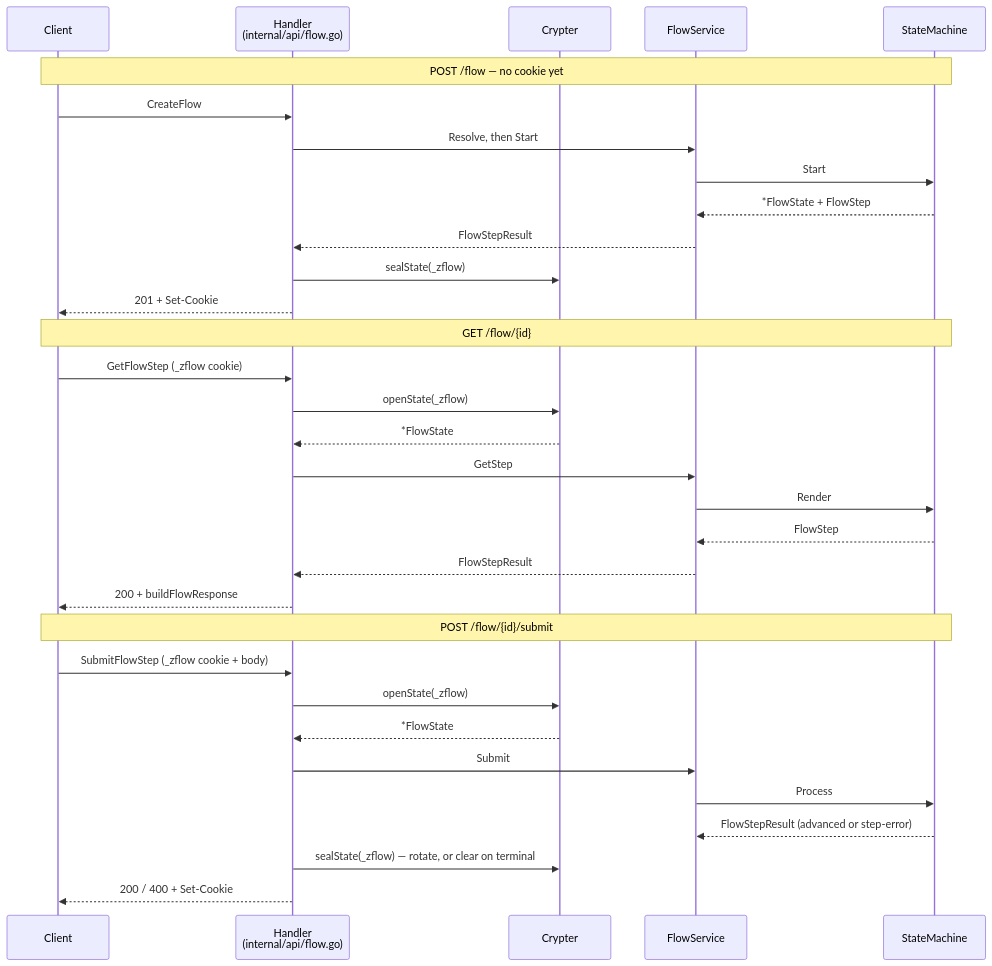
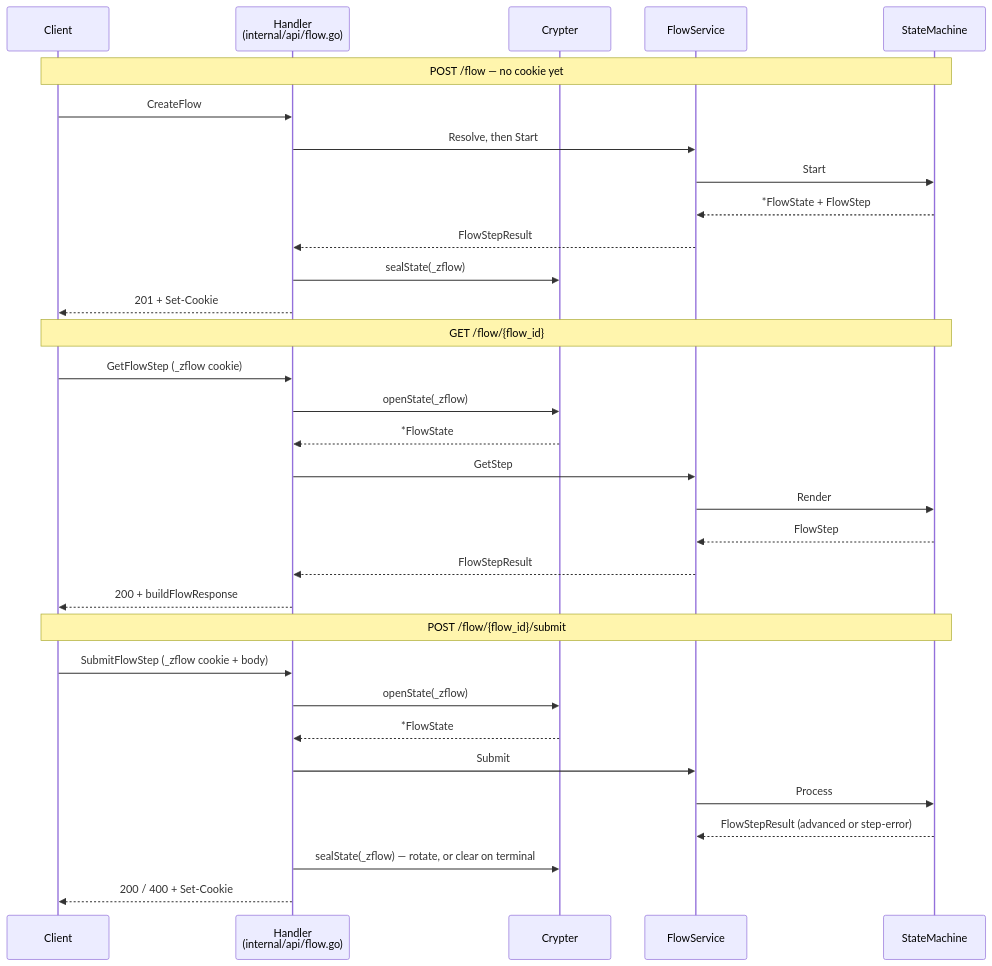
Before and after one commit to zitadel/nextgen: the second of 2 diagrams in docs/design/flowengine/architecture.md, drawn with Mermaid. The commit also changed 370 other files, not shown here.

````diff
--- a/docs/design/flowengine/architecture.md
+++ b/docs/design/flowengine/architecture.md
@@ -43,37 +43,37 @@
 ```mermaid
 sequenceDiagram
     participant C as Client
     participant H as Handler<br/>(internal/api/flow.go)
     participant K as Crypter
     participant S as FlowService
     participant SM as StateMachine
 
     Note over C,SM: POST /flow — no cookie yet
     C->>H: CreateFlow
     H->>S: Resolve, then Start
     S->>SM: Start
     SM-->>S: *FlowState + FlowStep
     S-->>H: FlowStepResult
     H->>K: sealState(_zflow)
     H-->>C: 201 + Set-Cookie
 
-    Note over C,SM: GET /flow/{id}
+    Note over C,SM: GET /flow/{flow_id}
     C->>H: GetFlowStep (_zflow cookie)
     H->>K: openState(_zflow)
     K-->>H: *FlowState
     H->>S: GetStep
     S->>SM: Render
     SM-->>S: FlowStep
     S-->>H: FlowStepResult
     H-->>C: 200 + buildFlowResponse
 
-    Note over C,SM: POST /flow/{id}/submit
+    Note over C,SM: POST /flow/{flow_id}/submit
     C->>H: SubmitFlowStep (_zflow cookie + body)
     H->>K: openState(_zflow)
     K-->>H: *FlowState
     H->>S: Submit
     S->>SM: Process
     SM-->>S: FlowStepResult (advanced or step-error)
     H->>K: sealState(_zflow) — rotate, or clear on terminal
     H-->>C: 200 / 400 + Set-Cookie
 ```
````
